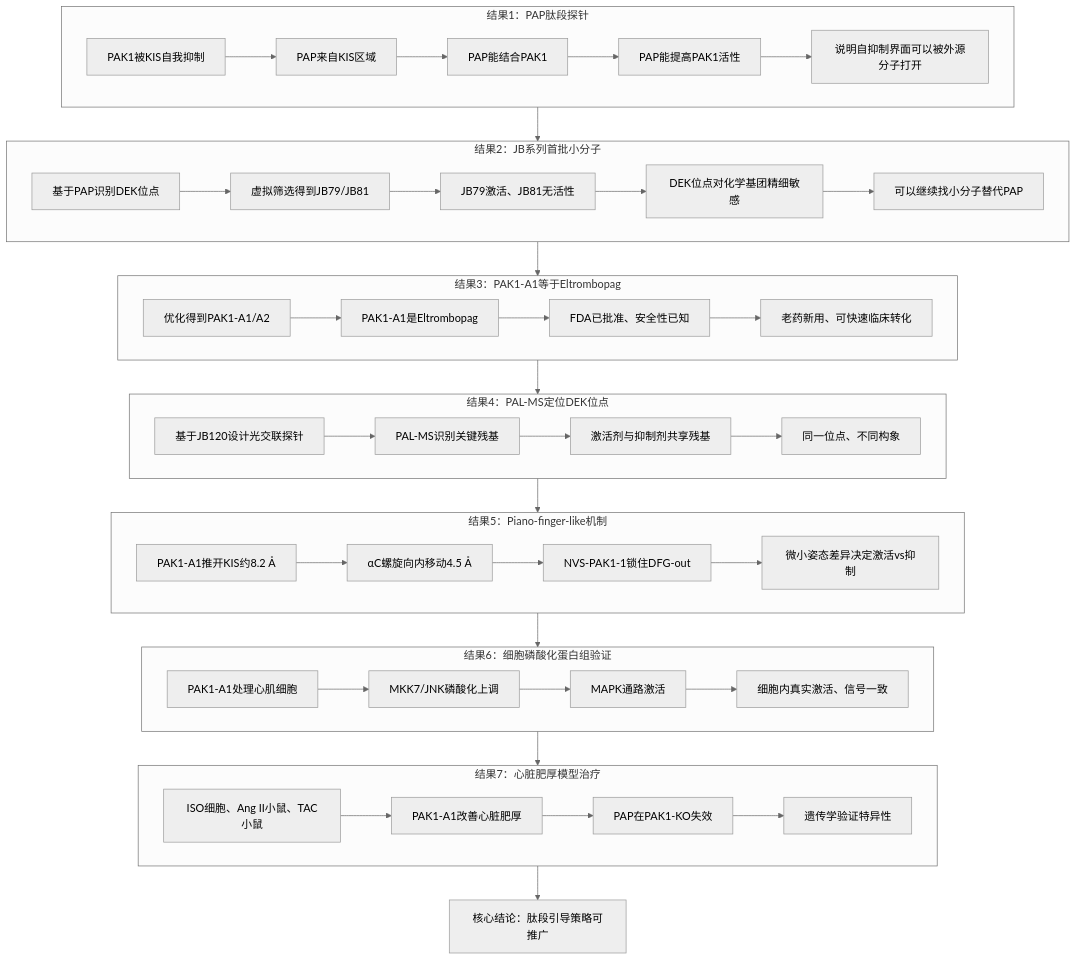
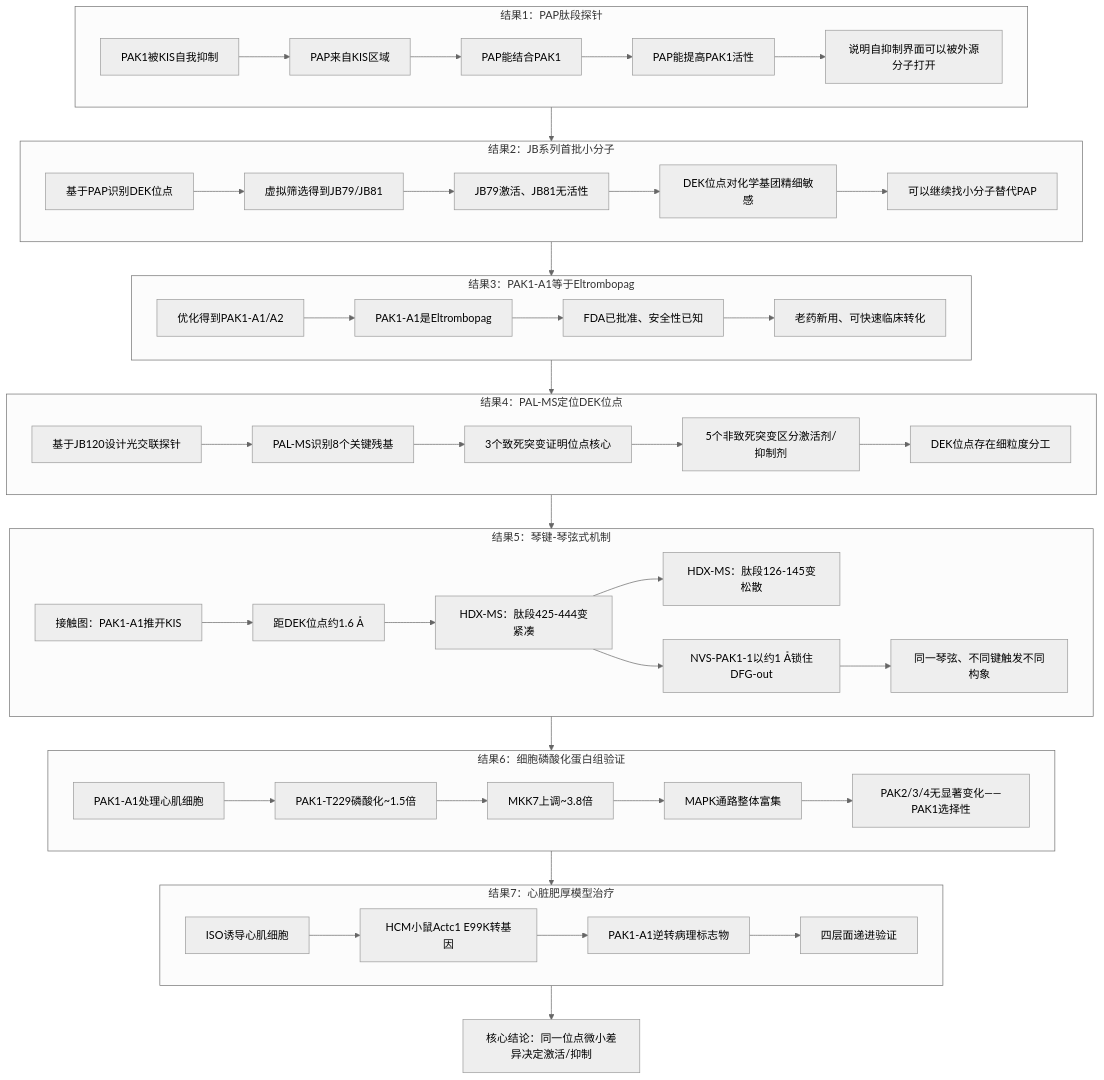
One commit to gxf1212/mendelevium changed the diagram in _pages/Drug Design/2026-06-28-pak1-activators.md. Above: the diagram before and after it, drawn with Mermaid (neutral theme). The commit also changed other lines of this file and 5 other files, not shown here.

````diff
--- a/_pages/Drug Design/2026-06-28-pak1-activators.md
+++ b/_pages/Drug Design/2026-06-28-pak1-activators.md
@@ -100,65 +100,71 @@
 ```mermaid
 graph TB
     subgraph R1["结果1：PAP肽段探针"]
         A1["PAK1被KIS自我抑制"]
         A2["PAP来自KIS区域"]
         A3["PAP能结合PAK1"]
         A4["PAP能提高PAK1活性"]
         A5["说明自抑制界面可以被外源分子打开"]
         A1 --> A2 --> A3 --> A4 --> A5
     end
 
     subgraph R2["结果2：JB系列首批小分子"]
         B1["基于PAP识别DEK位点"]
         B2["虚拟筛选得到JB79/JB81"]
         B3["JB79激活、JB81无活性"]
         B4["DEK位点对化学基团精细敏感"]
         B5["可以继续找小分子替代PAP"]
         B1 --> B2 --> B3 --> B4 --> B5
     end
 
     subgraph R3["结果3：PAK1-A1等于Eltrombopag"]
         C1["优化得到PAK1-A1/A2"]
         C2["PAK1-A1是Eltrombopag"]
         C3["FDA已批准、安全性已知"]
         C4["老药新用、可快速临床转化"]
         C1 --> C2 --> C3 --> C4
     end
 
     subgraph R4["结果4：PAL-MS定位DEK位点"]
         D1["基于JB120设计光交联探针"]
-        D2["PAL-MS识别关键残基"]
-        D3["激活剂与抑制剂共享残基"]
-        D4["同一位点、不同构象"]
-        D1 --> D2 --> D3 --> D4
+        D2["PAL-MS识别8个关键残基"]
+        D3["3个致死突变证明位点核心"]
+        D4["5个非致死突变区分激活剂/抑制剂"]
+        D5["DEK位点存在细粒度分工"]
+        D1 --> D2 --> D3 --> D4 --> D5
     end
 
-    subgraph R5["结果5：Piano-finger-like机制"]
-        E1["PAK1-A1推开KIS约8.2 Å"]
-        E2["αC螺旋向内移动4.5 Å"]
-        E3["NVS-PAK1-1锁住DFG-out"]
-        E4["微小姿态差异决定激活vs抑制"]
+    subgraph R5["结果5：琴键-琴弦式机制"]
+        E1["接触图：PAK1-A1推开KIS"]
+        E2["距DEK位点约1.6 Å"]
+        E3["HDX-MS：肽段425-444变紧凑"]
+        E4["HDX-MS：肽段126-145变松散"]
+        E5["NVS-PAK1-1以约1 Å锁住DFG-out"]
+        E6["同一琴弦、不同键触发不同构象"]
         E1 --> E2 --> E3 --> E4
+        E3 --> E5
+        E5 --> E6
     end
 
     subgraph R6["结果6：细胞磷酸化蛋白组验证"]
         F1["PAK1-A1处理心肌细胞"]
-        F2["MKK7/JNK磷酸化上调"]
-        F3["MAPK通路激活"]
-        F4["细胞内真实激活、信号一致"]
-        F1 --> F2 --> F3 --> F4
+        F2["PAK1-T229磷酸化~1.5倍"]
+        F3["MKK7上调~3.8倍"]
+        F4["MAPK通路整体富集"]
+        F5["PAK2/3/4无显著变化——PAK1选择性"]
+        F1 --> F2 --> F3 --> F4 --> F5
     end
 
     subgraph R7["结果7：心脏肥厚模型治疗"]
-        G1["ISO细胞、Ang II小鼠、TAC小鼠"]
-        G2["PAK1-A1改善心脏肥厚"]
-        G3["PAP在PAK1-KO失效"]
-        G4["遗传学验证特异性"]
+        G1["ISO诱导心肌细胞"]
+        G2["HCM小鼠Actc1 E99K转基因"]
+        G3["PAK1-A1逆转病理标志物"]
+        G4["四层面递进验证"]
         G1 --> G2 --> G3 --> G4
     end
 
     R1 --> R2 --> R3 --> R4 --> R5 --> R6 --> R7
 
-    H["核心结论：肽段引导策略可推广"]
+    H["核心结论：同一位点微小差异决定激活/抑制"]
     R7 --> H
 ```
````
